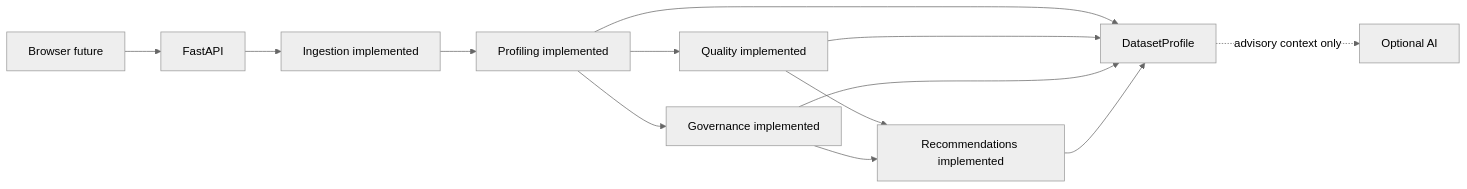
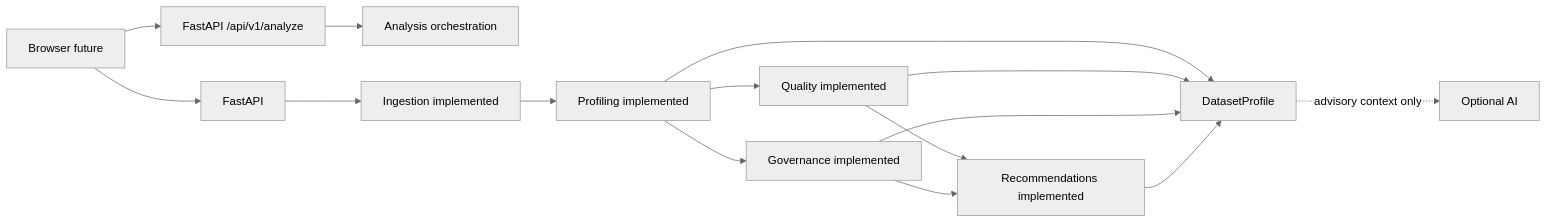
Before and after one commit to David-Simon-Soler/Data-Gobernance-Copilot: the diagram in docs/ARCHITECTURE.md, drawn with Mermaid (neutral theme). The commit also changed other lines of this file and 8 other files, not shown here.

Commit message:
feat: add analysis API

````diff
--- a/docs/ARCHITECTURE.md
+++ b/docs/ARCHITECTURE.md
@@ -7,15 +7,17 @@
 ```mermaid
 flowchart LR
   B[Browser future] --> A[FastAPI]
+  B --> H[FastAPI /api/v1/analyze]
+  H --> O[Analysis orchestration]
   A --> I[Ingestion implemented]
   I --> P[Profiling implemented]
   P --> Q[Quality implemented]
   P --> G[Governance implemented]
   Q --> R[Recommendations implemented]
   G --> R
   P --> D[DatasetProfile]
   Q --> D
   G --> D
   R --> D
   D -. advisory context only .-> L[Optional AI]
 ```
````
